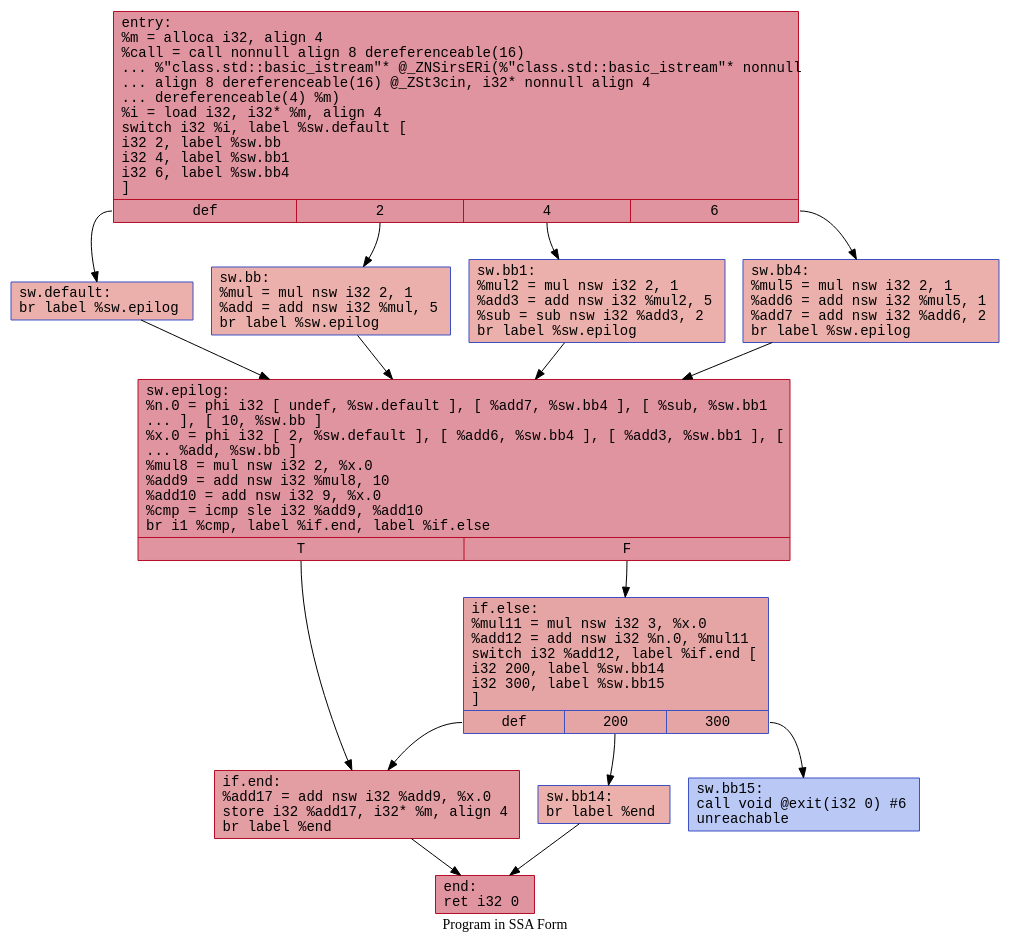
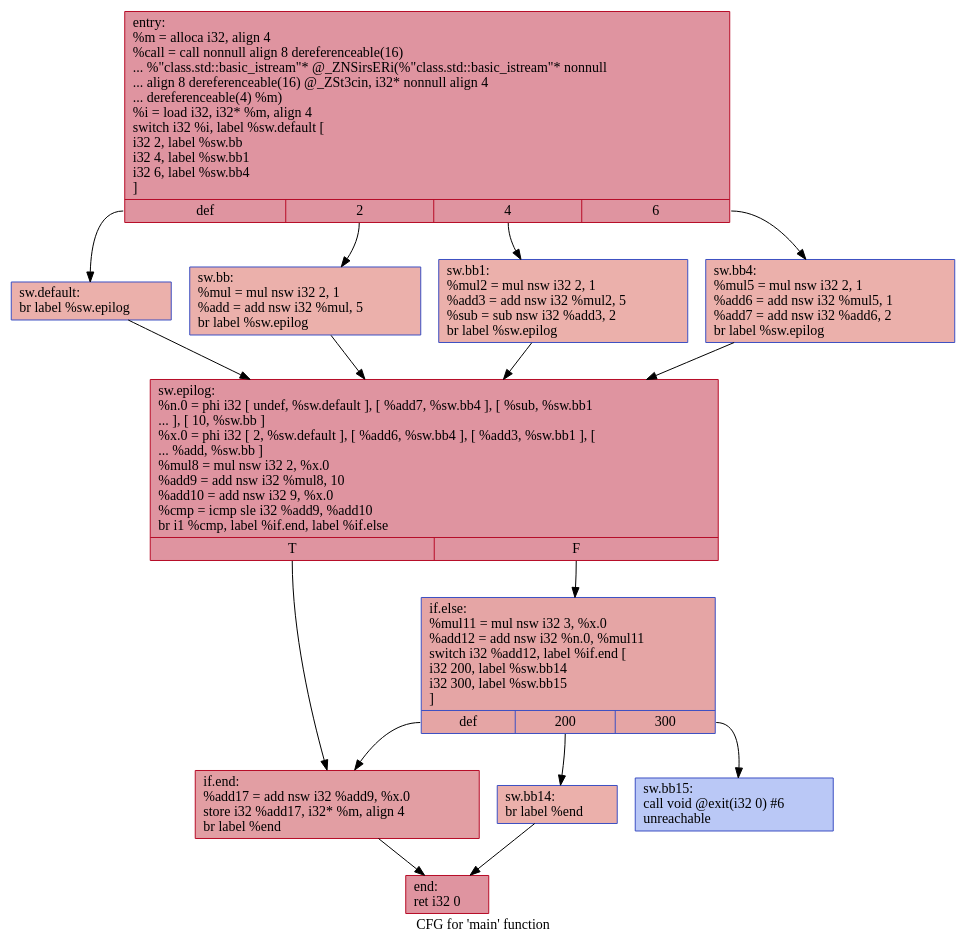
Before and after one commit to HPSSA-LLVM/HPSSA-LLVM: the diagram in IR/cfg/baseline.dot, drawn with Graphviz. The commit also changed 22 other files, not shown here.

```diff
--- a/IR/cfg/baseline.dot
+++ b/IR/cfg/baseline.dot
@@ -1,31 +1,30 @@
 digraph "CFG for 'main' function" {
-	label="Program in SSA Form";
-	node [fontname="Courier"];
-	edge [fontname="Courier"];
-	Node0x556ecf279080 [shape=record,color="#b70d28ff", style=filled, fillcolor="#b70d2870",label="{entry:\l  %m = alloca i32, align 4\l  %call = call nonnull align 8 dereferenceable(16)\l... %\"class.std::basic_istream\"* @_ZNSirsERi(%\"class.std::basic_istream\"* nonnull\l... align 8 dereferenceable(16) @_ZSt3cin, i32* nonnull align 4\l... dereferenceable(4) %m)\l  %i = load i32, i32* %m, align 4\l  switch i32 %i, label %sw.default [\l    i32 2, label %sw.bb\l    i32 4, label %sw.bb1\l    i32 6, label %sw.bb4\l  ]\l|{<s0>def|<s1>2|<s2>4|<s3>6}}"];
-	Node0x556ecf279080:s0 -> Node0x556ecf2794c0;
-	Node0x556ecf279080:s1 -> Node0x556ecf2795d0;
-	Node0x556ecf279080:s2 -> Node0x556ecf2796d0;
-	Node0x556ecf279080:s3 -> Node0x556ecf2797d0;
-	Node0x556ecf2795d0 [shape=record,color="#3d50c3ff", style=filled, fillcolor="#d24b4070",label="{sw.bb:                                            \l  %mul = mul nsw i32 2, 1\l  %add = add nsw i32 %mul, 5\l  br label %sw.epilog\l}"];
-	Node0x556ecf2795d0 -> Node0x556ecf279a80;
-	Node0x556ecf2796d0 [shape=record,color="#3d50c3ff", style=filled, fillcolor="#d24b4070",label="{sw.bb1:                                           \l  %mul2 = mul nsw i32 2, 1\l  %add3 = add nsw i32 %mul2, 5\l  %sub = sub nsw i32 %add3, 2\l  br label %sw.epilog\l}"];
-	Node0x556ecf2796d0 -> Node0x556ecf279a80;
-	Node0x556ecf2797d0 [shape=record,color="#3d50c3ff", style=filled, fillcolor="#d24b4070",label="{sw.bb4:                                           \l  %mul5 = mul nsw i32 2, 1\l  %add6 = add nsw i32 %mul5, 1\l  %add7 = add nsw i32 %add6, 2\l  br label %sw.epilog\l}"];
-	Node0x556ecf2797d0 -> Node0x556ecf279a80;
-	Node0x556ecf2794c0 [shape=record,color="#3d50c3ff", style=filled, fillcolor="#d24b4070",label="{sw.default:                                       \l  br label %sw.epilog\l}"];
-	Node0x556ecf2794c0 -> Node0x556ecf279a80;
-	Node0x556ecf279a80 [shape=record,color="#b70d28ff", style=filled, fillcolor="#b70d2870",label="{sw.epilog:                                        \l  %n.0 = phi i32 [ undef, %sw.default ], [ %add7, %sw.bb4 ], [ %sub, %sw.bb1\l... ], [ 10, %sw.bb ]\l  %x.0 = phi i32 [ 2, %sw.default ], [ %add6, %sw.bb4 ], [ %add3, %sw.bb1 ], [\l... %add, %sw.bb ]\l  %mul8 = mul nsw i32 2, %x.0\l  %add9 = add nsw i32 %mul8, 10\l  %add10 = add nsw i32 9, %x.0\l  %cmp = icmp sle i32 %add9, %add10\l  br i1 %cmp, label %if.end, label %if.else\l|{<s0>T|<s1>F}}"];
-	Node0x556ecf279a80:s0 -> Node0x556ecf27ac10;
-	Node0x556ecf279a80:s1 -> Node0x556ecf27ac80;
-	Node0x556ecf27ac80 [shape=record,color="#3d50c3ff", style=filled, fillcolor="#c5333470",label="{if.else:                                          \l  %mul11 = mul nsw i32 3, %x.0\l  %add12 = add nsw i32 %n.0, %mul11\l  switch i32 %add12, label %if.end [\l    i32 200, label %sw.bb14\l    i32 300, label %sw.bb15\l  ]\l|{<s0>def|<s1>200|<s2>300}}"];
-	Node0x556ecf27ac80:s0 -> Node0x556ecf27ac10;
-	Node0x556ecf27ac80:s1 -> Node0x556ecf27b280;
-	Node0x556ecf27ac80:s2 -> Node0x556ecf27b320;
-	Node0x556ecf27b280 [shape=record,color="#3d50c3ff", style=filled, fillcolor="#d24b4070",label="{sw.bb14:                                          \l  br label %end\l}"];
-	Node0x556ecf27b280 -> Node0x556ecf27b4b0;
-	Node0x556ecf27b320 [shape=record,color="#3d50c3ff", style=filled, fillcolor="#6282ea70",label="{sw.bb15:                                          \l  call void @exit(i32 0) #6\l  unreachable\l}"];
-	Node0x556ecf27ac10 [shape=record,color="#b70d28ff", style=filled, fillcolor="#be242e70",label="{if.end:                                           \l  %add17 = add nsw i32 %add9, %x.0\l  store i32 %add17, i32* %m, align 4\l  br label %end\l}"];
-	Node0x556ecf27ac10 -> Node0x556ecf27b4b0;
-	Node0x556ecf27b4b0 [shape=record,color="#b70d28ff", style=filled, fillcolor="#b70d2870",label="{end:                                              \l  ret i32 0\l}"];
+	label="CFG for 'main' function";
+
+	Node0x559de32b9080 [shape=record,color="#b70d28ff", style=filled, fillcolor="#b70d2870",label="{entry:\l  %m = alloca i32, align 4\l  %call = call nonnull align 8 dereferenceable(16)\l... %\"class.std::basic_istream\"* @_ZNSirsERi(%\"class.std::basic_istream\"* nonnull\l... align 8 dereferenceable(16) @_ZSt3cin, i32* nonnull align 4\l... dereferenceable(4) %m)\l  %i = load i32, i32* %m, align 4\l  switch i32 %i, label %sw.default [\l    i32 2, label %sw.bb\l    i32 4, label %sw.bb1\l    i32 6, label %sw.bb4\l  ]\l|{<s0>def|<s1>2|<s2>4|<s3>6}}"];
+	Node0x559de32b9080:s0 -> Node0x559de32b94c0;
+	Node0x559de32b9080:s1 -> Node0x559de32b95d0;
+	Node0x559de32b9080:s2 -> Node0x559de32b96d0;
+	Node0x559de32b9080:s3 -> Node0x559de32b97d0;
+	Node0x559de32b95d0 [shape=record,color="#3d50c3ff", style=filled, fillcolor="#d24b4070",label="{sw.bb:                                            \l  %mul = mul nsw i32 2, 1\l  %add = add nsw i32 %mul, 5\l  br label %sw.epilog\l}"];
+	Node0x559de32b95d0 -> Node0x559de32b9a80;
+	Node0x559de32b96d0 [shape=record,color="#3d50c3ff", style=filled, fillcolor="#d24b4070",label="{sw.bb1:                                           \l  %mul2 = mul nsw i32 2, 1\l  %add3 = add nsw i32 %mul2, 5\l  %sub = sub nsw i32 %add3, 2\l  br label %sw.epilog\l}"];
+	Node0x559de32b96d0 -> Node0x559de32b9a80;
+	Node0x559de32b97d0 [shape=record,color="#3d50c3ff", style=filled, fillcolor="#d24b4070",label="{sw.bb4:                                           \l  %mul5 = mul nsw i32 2, 1\l  %add6 = add nsw i32 %mul5, 1\l  %add7 = add nsw i32 %add6, 2\l  br label %sw.epilog\l}"];
+	Node0x559de32b97d0 -> Node0x559de32b9a80;
+	Node0x559de32b94c0 [shape=record,color="#3d50c3ff", style=filled, fillcolor="#d24b4070",label="{sw.default:                                       \l  br label %sw.epilog\l}"];
+	Node0x559de32b94c0 -> Node0x559de32b9a80;
+	Node0x559de32b9a80 [shape=record,color="#b70d28ff", style=filled, fillcolor="#b70d2870",label="{sw.epilog:                                        \l  %n.0 = phi i32 [ undef, %sw.default ], [ %add7, %sw.bb4 ], [ %sub, %sw.bb1\l... ], [ 10, %sw.bb ]\l  %x.0 = phi i32 [ 2, %sw.default ], [ %add6, %sw.bb4 ], [ %add3, %sw.bb1 ], [\l... %add, %sw.bb ]\l  %mul8 = mul nsw i32 2, %x.0\l  %add9 = add nsw i32 %mul8, 10\l  %add10 = add nsw i32 9, %x.0\l  %cmp = icmp sle i32 %add9, %add10\l  br i1 %cmp, label %if.end, label %if.else\l|{<s0>T|<s1>F}}"];
+	Node0x559de32b9a80:s0 -> Node0x559de32bac10;
+	Node0x559de32b9a80:s1 -> Node0x559de32bac80;
+	Node0x559de32bac80 [shape=record,color="#3d50c3ff", style=filled, fillcolor="#c5333470",label="{if.else:                                          \l  %mul11 = mul nsw i32 3, %x.0\l  %add12 = add nsw i32 %n.0, %mul11\l  switch i32 %add12, label %if.end [\l    i32 200, label %sw.bb14\l    i32 300, label %sw.bb15\l  ]\l|{<s0>def|<s1>200|<s2>300}}"];
+	Node0x559de32bac80:s0 -> Node0x559de32bac10;
+	Node0x559de32bac80:s1 -> Node0x559de32bb280;
+	Node0x559de32bac80:s2 -> Node0x559de32bb320;
+	Node0x559de32bb280 [shape=record,color="#3d50c3ff", style=filled, fillcolor="#d24b4070",label="{sw.bb14:                                          \l  br label %end\l}"];
+	Node0x559de32bb280 -> Node0x559de32bb4b0;
+	Node0x559de32bb320 [shape=record,color="#3d50c3ff", style=filled, fillcolor="#6282ea70",label="{sw.bb15:                                          \l  call void @exit(i32 0) #6\l  unreachable\l}"];
+	Node0x559de32bac10 [shape=record,color="#b70d28ff", style=filled, fillcolor="#be242e70",label="{if.end:                                           \l  %add17 = add nsw i32 %add9, %x.0\l  store i32 %add17, i32* %m, align 4\l  br label %end\l}"];
+	Node0x559de32bac10 -> Node0x559de32bb4b0;
+	Node0x559de32bb4b0 [shape=record,color="#b70d28ff", style=filled, fillcolor="#b70d2870",label="{end:                                              \l  ret i32 0\l}"];
 }
```
